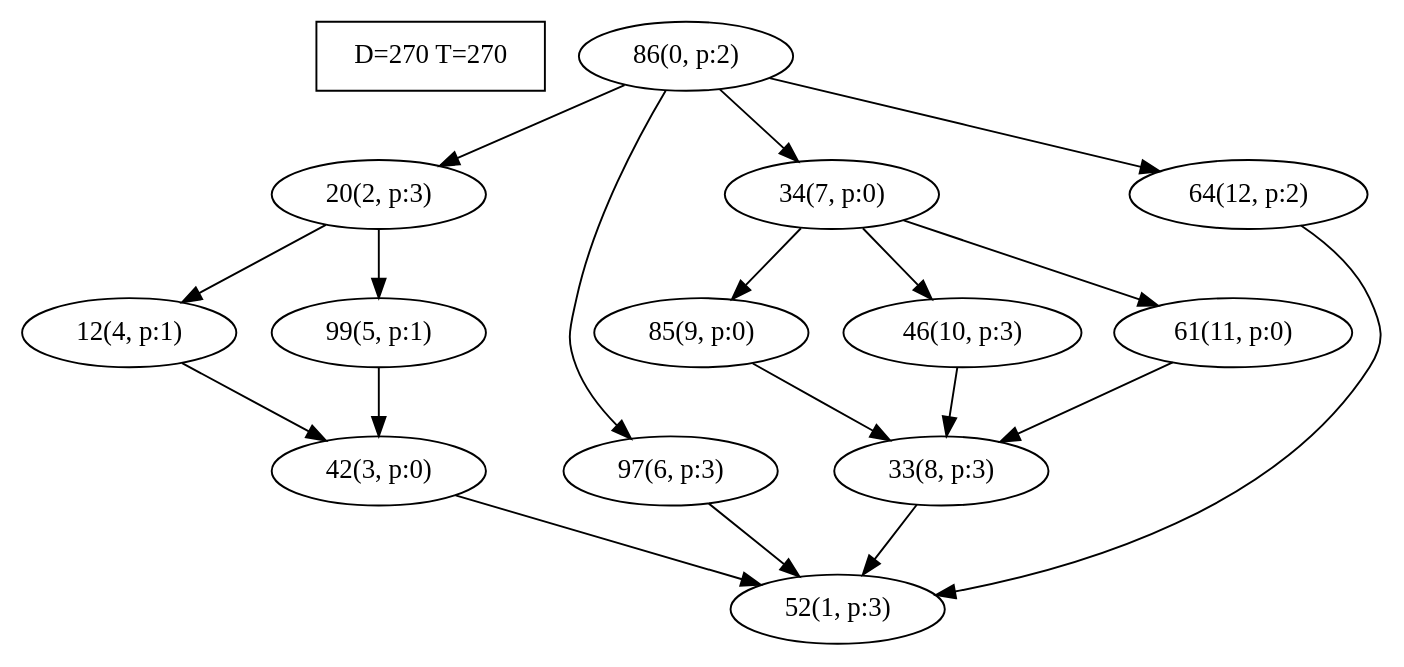
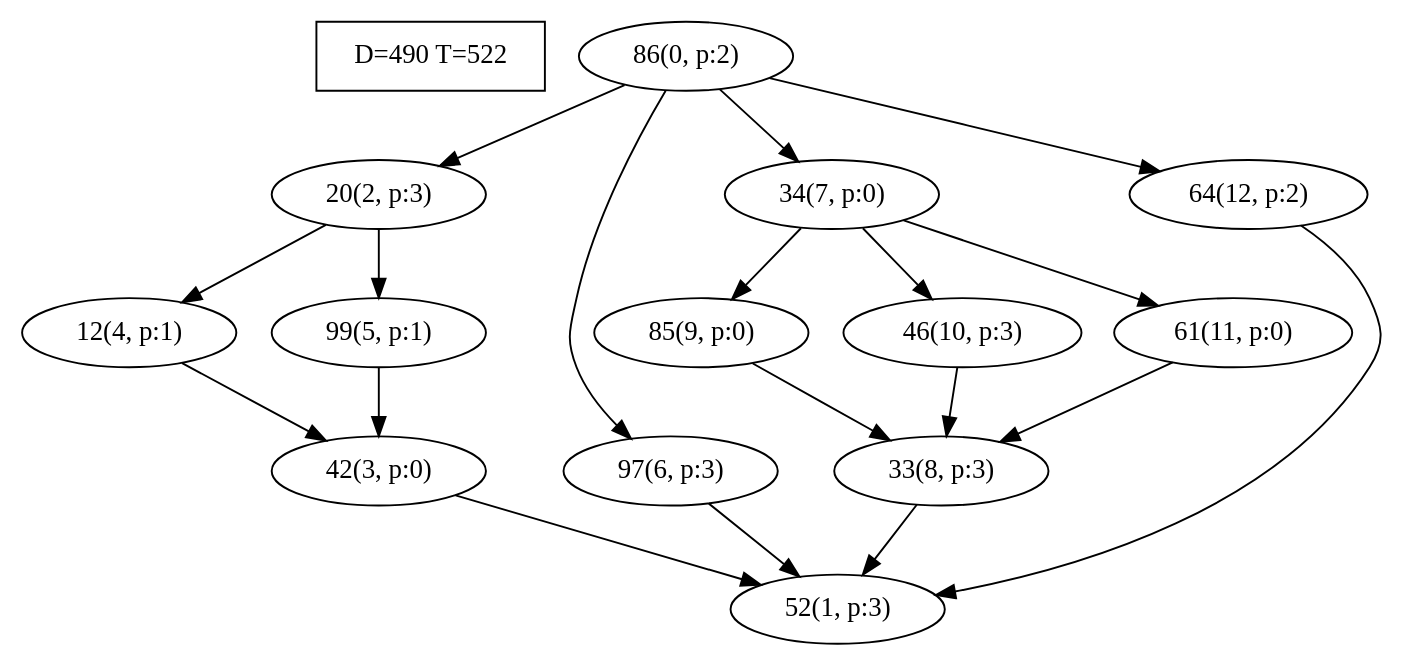
Before and after one commit to gzqx/global-dag-randomization: the diagram in res/generated_dags/taskset_25/task_0.dot, drawn with Graphviz. The commit also changed 119 other files, not shown here.

```diff
--- a/res/generated_dags/taskset_25/task_0.dot
+++ b/res/generated_dags/taskset_25/task_0.dot
@@ -1,34 +1,34 @@
 digraph Task {
-i [shape=box, label="D=270 T=270"]; 
+i [shape=box, label="D=490 T=522"]; 
 0 [label="86(0, p:2)"];
 1 [label="52(1, p:3)"];
 2 [label="20(2, p:3)"];
 3 [label="42(3, p:0)"];
 4 [label="12(4, p:1)"];
 5 [label="99(5, p:1)"];
 6 [label="97(6, p:3)"];
 7 [label="34(7, p:0)"];
 8 [label="33(8, p:3)"];
 9 [label="85(9, p:0)"];
 10 [label="46(10, p:3)"];
 11 [label="61(11, p:0)"];
 12 [label="64(12, p:2)"];
 0 -> 2;
 0 -> 6;
 0 -> 7;
 0 -> 12;
 2 -> 4;
 2 -> 5;
 3 -> 1;
 4 -> 3;
 5 -> 3;
 6 -> 1;
 7 -> 9;
 7 -> 10;
 7 -> 11;
 8 -> 1;
 9 -> 8;
 10 -> 8;
 11 -> 8;
 12 -> 1;
 }
```
